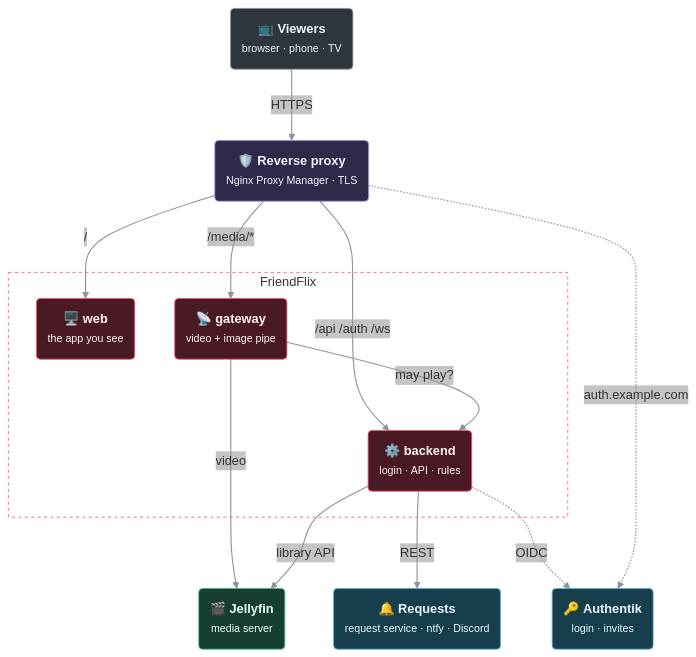
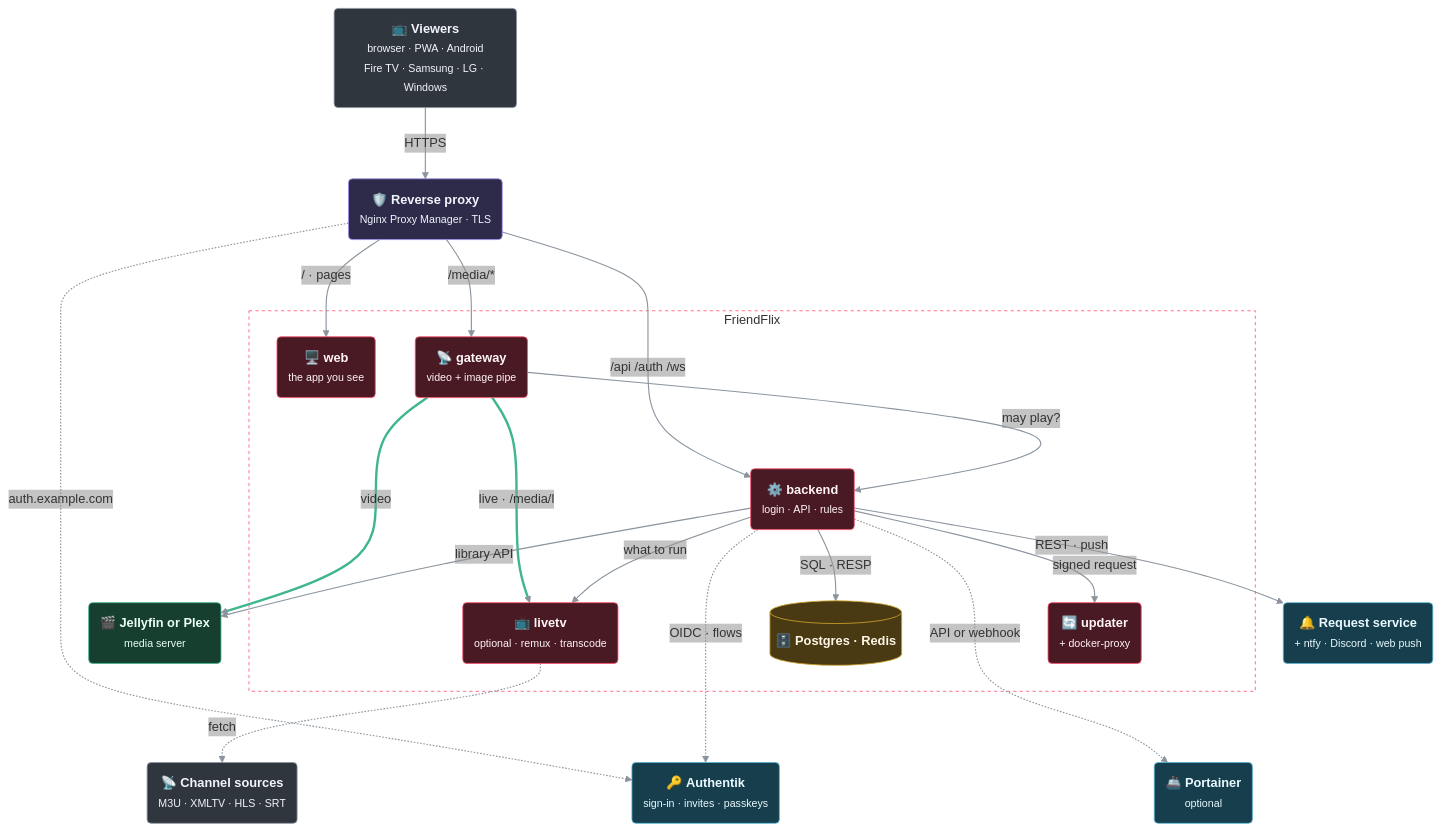
One commit to LetsManu/friendflix changed the diagram in README.md. Above: the diagram before and after it, drawn with Mermaid. The commit also changed other lines of this file and 2 other files, not shown here.

````diff
--- a/README.md
+++ b/README.md
@@ -312,45 +321,60 @@
 ```mermaid
 ---
 config:
   flowchart:
     curve: basis
     nodeSpacing: 50
     rankSpacing: 65
     padding: 14
   themeVariables:
     edgeLabelBackground: 'rgba(150,150,150,0.12)'
   themeCSS: '.labelBkg { background-color: rgba(127,127,127,0.12) !important; }'
 ---
 flowchart TB
   accTitle: How FriendFlix fits together
-  accDescr: Viewers reach one reverse proxy over HTTPS. It routes to the FriendFlix web, backend and gateway. The backend and gateway talk to Jellyfin; the backend also uses Authentik, a request service and notifications.
-  V("📺 <b>Viewers</b><br/><small>browser · phone · TV</small>"):::ext
+  accDescr: Viewers on the browser, phone apps and TV apps reach one reverse proxy over HTTPS. It routes to the FriendFlix web, backend and gateway. The gateway streams from Jellyfin or Plex and, with optional Live TV, from the livetv service, which alone fetches the channel sources. The backend keeps its data in Postgres and Redis, signs in through Authentik, and talks to the request service and the notification channels. Updates go from the backend to the updater, which reaches Docker only through the docker-proxy, or to Portainer.
+  V("📺 <b>Viewers</b><br/><small>browser · PWA · Android<br/>Fire TV · Samsung · LG · Windows</small>"):::ext
   P("🛡️ <b>Reverse proxy</b><br/><small>Nginx Proxy Manager · TLS</small>"):::edge
   subgraph FF["FriendFlix"]
     W("🖥️ <b>web</b><br/><small>the app you see</small>"):::app
+    G("📡 <b>gateway</b><br/><small>video + image pipe</small>"):::app
     B("⚙️ <b>backend</b><br/><small>login · API · rules</small>"):::app
-    G("📡 <b>gateway</b><br/><small>video + image pipe</small>"):::app
+    LT("📺 <b>livetv</b><br/><small>optional · remux · transcode</small>"):::app
+    UP("🔄 <b>updater</b><br/><small>+ docker-proxy</small>"):::app
+    DB[("🗄️ <b>Postgres · Redis</b>")]:::store
   end
-  S("🎬 <b>Jellyfin</b><br/><small>media server</small>"):::media
-  RQ("🔔 <b>Requests</b><br/><small>request service · ntfy · Discord</small>"):::svc
-  AK("🔑 <b>Authentik</b><br/><small>login · invites</small>"):::svc
+  S("🎬 <b>Jellyfin or Plex</b><br/><small>media server</small>"):::media
+  PV("📡 <b>Channel sources</b><br/><small>M3U · XMLTV · HLS · SRT</small>"):::ext
+  RQ("🔔 <b>Request service</b><br/><small>+ ntfy · Discord · web push</small>"):::svc
+  AK("🔑 <b>Authentik</b><br/><small>sign-in · invites · passkeys</small>"):::svc
+  PT("🚢 <b>Portainer</b><br/><small>optional</small>"):::svc
   V -->|HTTPS| P
-  P -->|"/"| W
+  P -->|"/ · pages"| W
   P -->|"/media/*"| G
   P -->|"/api /auth /ws"| B
+  P -.->|"auth.example.com"| AK
   G -->|"may play?"| B
   G ==>|"video"| S
+  G ==>|"live · /media/l"| LT
+  B -->|"what to run"| LT
+  LT -.->|fetch| PV
   B -->|"library API"| S
-  B -->|REST| RQ
-  B -.->|OIDC| AK
-  P -.->|"auth.example.com"| AK
+  B -->|"SQL · RESP"| DB
+  B -->|"REST · push"| RQ
+  B -.->|"OIDC · flows"| AK
+  B -->|"signed request"| UP
+  B -.->|"API or webhook"| PT
+  RQ ~~~ AK
+  UP ~~~ PT
   classDef ext fill:#30363d,stroke:#8b949e,stroke-width:1px,color:#f0f6fc
   classDef edge fill:#2d2a4a,stroke:#9d8cf0,stroke-width:1px,color:#f0f6fc
   classDef app fill:#4a1a24,stroke:#ff4f6d,stroke-width:1px,color:#fff5f7
   classDef store fill:#4a3a14,stroke:#d4a72c,stroke-width:1px,color:#fff8e6
   classDef media fill:#173f30,stroke:#3fb68b,stroke-width:1px,color:#eafff6
   classDef svc fill:#163e4c,stroke:#56b6d6,stroke-width:1px,color:#eaf9ff
   classDef fork fill:#4a1d3c,stroke:#e070b0,stroke-width:1px,stroke-dasharray:4 3,color:#fff0f8
   linkStyle default stroke:#8b949e,stroke-width:1.4px
+  linkStyle 6,7 stroke:#3fb68b,stroke-width:3px
+  linkStyle 16,17 stroke:none
   style FF fill:none,stroke:#ff4f6d,stroke-width:1px,stroke-dasharray:4 4
 ```
````
